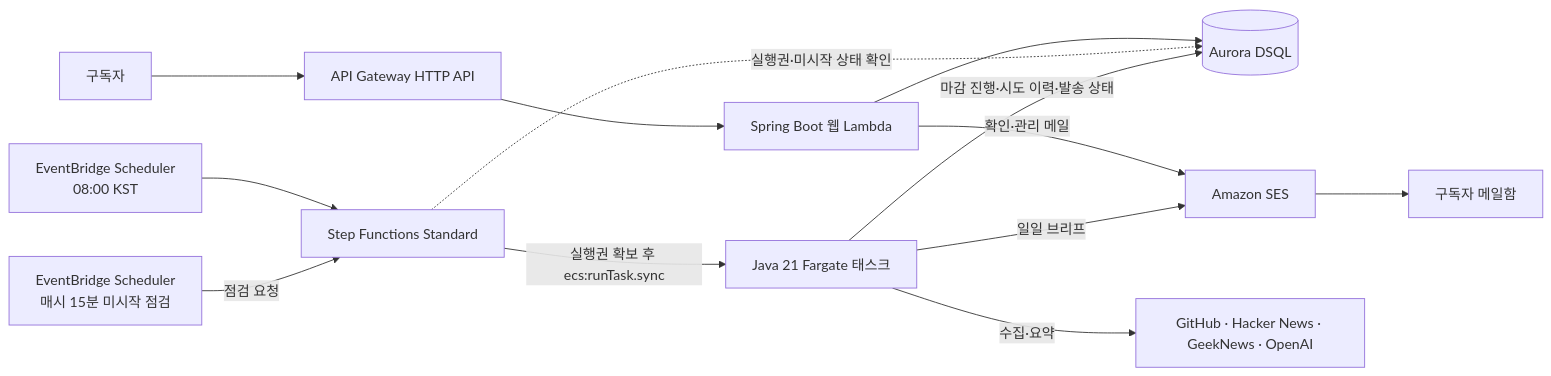
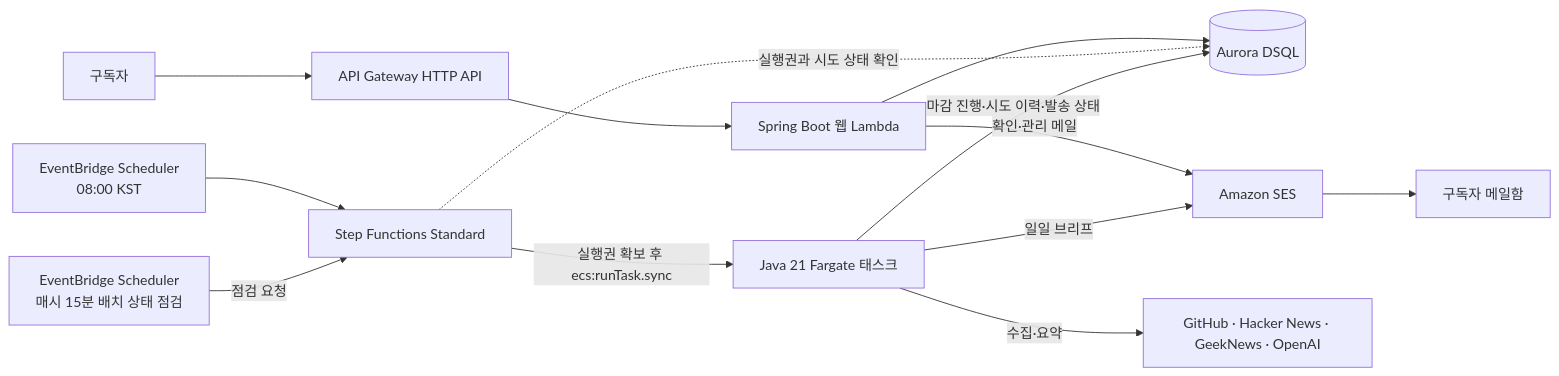
The diagram in docs/designs/daily-brief-aws.md (whoisyourbias/daily-brief-dev), drawn with Mermaid before and after one commit. The commit also changed other lines of this file and 1 other file, not shown here.

Commit message:
docs: specify Fargate submission and workflow recovery

````diff
--- a/docs/designs/daily-brief-aws.md
+++ b/docs/designs/daily-brief-aws.md
@@ -5,15 +5,15 @@
 ```mermaid
 flowchart LR
     browser[구독자] --> api[API Gateway HTTP API]
     api --> web[Spring Boot 웹 Lambda]
     web --> db[(Aurora DSQL)]
     web -->|확인·관리 메일| ses[Amazon SES]
     primary[EventBridge Scheduler<br/>08:00 KST] --> workflow[Step Functions Standard]
-    check[EventBridge Scheduler<br/>매시 15분 미시작 점검] -->|점검 요청| workflow
-    workflow -. 실행권·미시작 상태 확인 .-> db
+    check[EventBridge Scheduler<br/>매시 15분 배치 상태 점검] -->|점검 요청| workflow
+    workflow -. 실행권과 시도 상태 확인 .-> db
     workflow -->|실행권 확보 후 ecs:runTask.sync| batch[Java 21 Fargate 태스크]
     batch -->|수집·요약| sources[GitHub · Hacker News · GeekNews · OpenAI]
     batch -->|마감 진행·시도 이력·발송 상태| db
     batch -->|일일 브리프| ses
     ses --> inbox[구독자 메일함]
 ```
````
